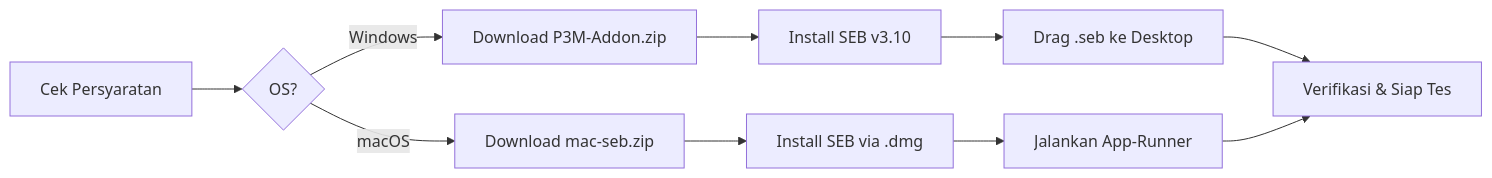
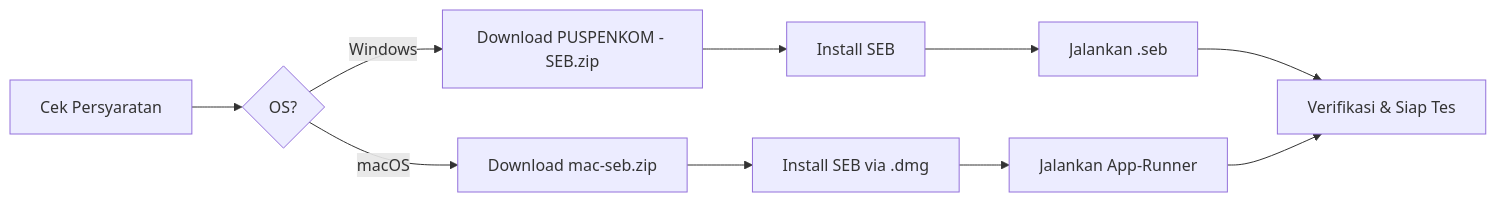
Before and after one commit to esaypsa/panduan_puspenkom: the diagram in docs/instalasi-seb/index.md, drawn with Mermaid. The commit also changed other lines of this file and 32 other files, not shown here.

Commit message:
seb windows installer

````diff
--- a/docs/instalasi-seb/index.md
+++ b/docs/instalasi-seb/index.md
@@ -9,12 +9,12 @@
 ```mermaid
 flowchart LR
     A[Cek Persyaratan] --> B{OS?}
-    B -->|Windows| C[Download P3M-Addon.zip]
+    B -->|Windows| C[Download PUSPENKOM - SEB.zip]
     B -->|macOS| D[Download mac-seb.zip]
-    C --> E[Install SEB v3.10]
+    C --> E[Install SEB]
     D --> F[Install SEB via .dmg]
-    E --> G[Drag .seb ke Desktop]
+    E --> G[Jalankan .seb]
     F --> H[Jalankan App-Runner]
     G --> I[Verifikasi & Siap Tes]
     H --> I
 ```
````
